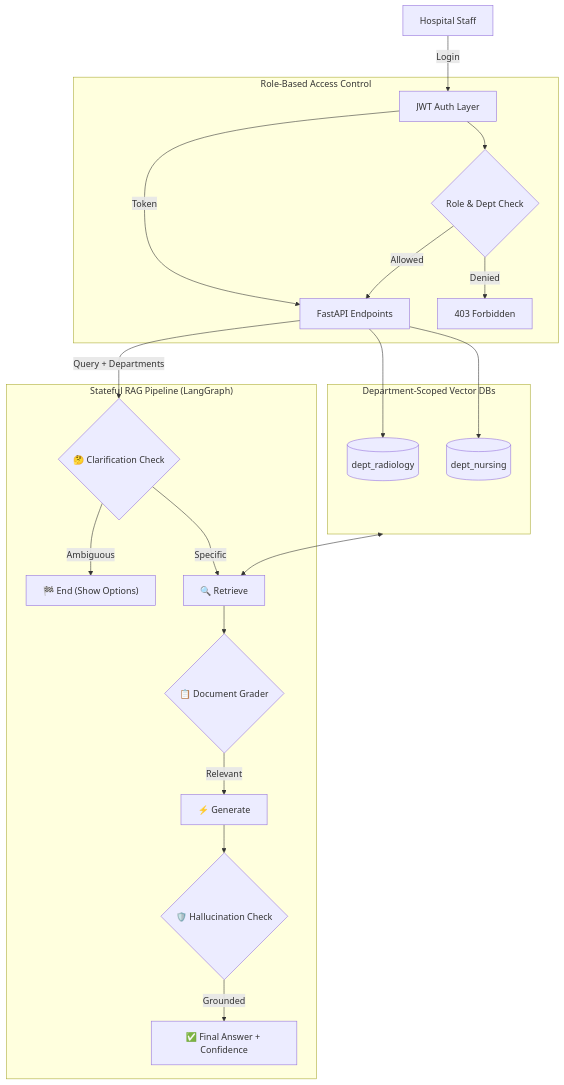
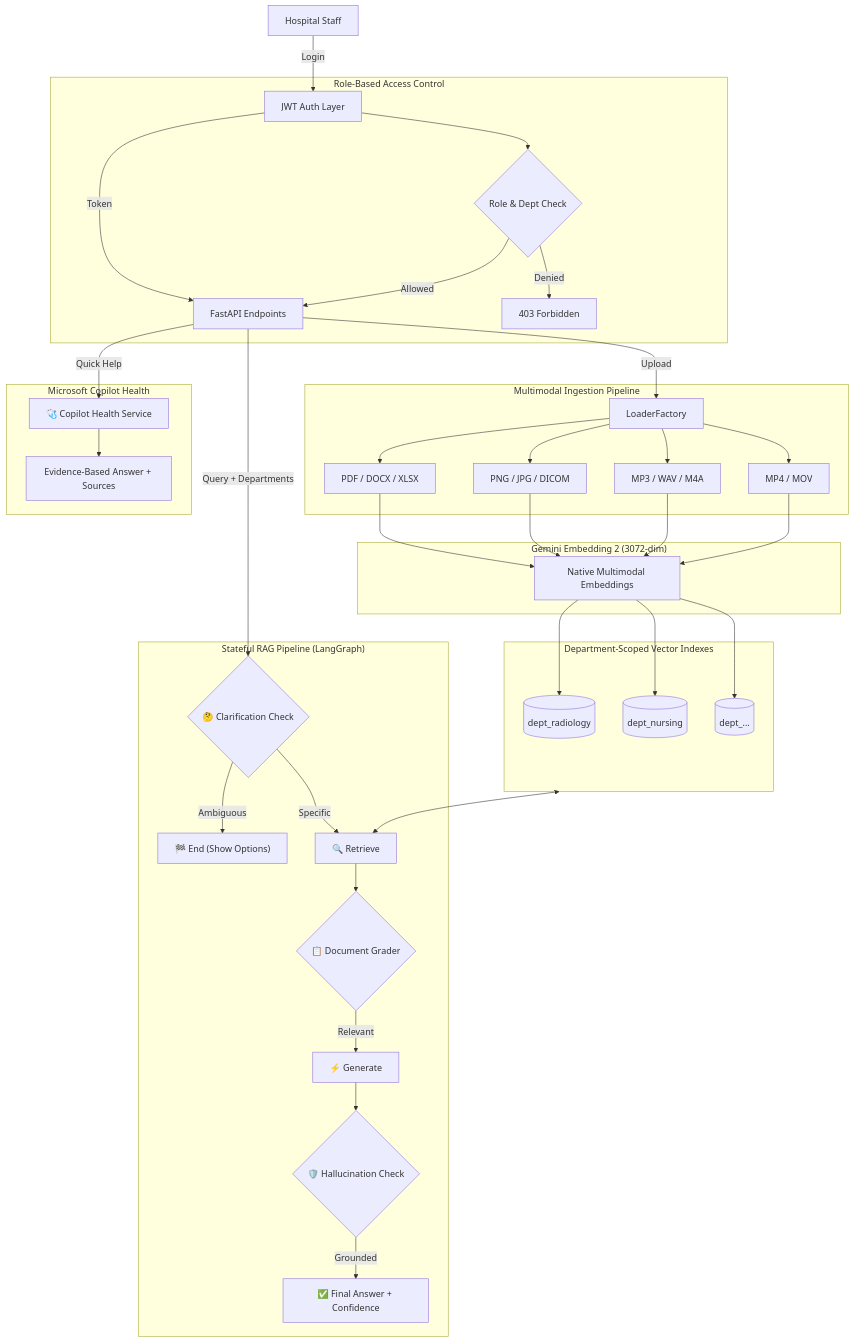
One commit to Anudeepsrib/ClinIQ changed the diagram in README.md. Above: the diagram before and after it, drawn with Mermaid. The commit also changed other lines of this file and 14 other files, not shown here.

````diff
--- a/README.md
+++ b/README.md
@@ -101,28 +105,49 @@
 ```mermaid
 graph TD
     User["Hospital Staff"] -->|Login| Auth["JWT Auth Layer"]
     Auth -->|Token| API["FastAPI Endpoints"]
 
     subgraph RBAC ["Role-Based Access Control"]
         Auth --> RoleCheck{"Role & Dept Check"}
         RoleCheck -->|Allowed| API
         RoleCheck -->|Denied| Reject["403 Forbidden"]
     end
 
-    subgraph VectorDBs ["Department-Scoped Vector DBs"]
-        API --> DB1[("dept_radiology")]
-        API --> DB2[("dept_nursing")]
+    subgraph Ingestion ["Multimodal Ingestion Pipeline"]
+        API -->|Upload| Loader["LoaderFactory"]
+        Loader --> TextParser["PDF / DOCX / XLSX"]
+        Loader --> ImageParser["PNG / JPG / DICOM"]
+        Loader --> AudioParser["MP3 / WAV / M4A"]
+        Loader --> VideoParser["MP4 / MOV"]
+    end
+
+    subgraph EmbeddingLayer ["Gemini Embedding 2 (3072-dim)"]
+        TextParser --> GeminiEmb["Native Multimodal Embeddings"]
+        ImageParser --> GeminiEmb
+        AudioParser --> GeminiEmb
+        VideoParser --> GeminiEmb
+    end
+
+    subgraph VectorDBs ["Department-Scoped Vector Indexes"]
+        GeminiEmb --> DB1[("dept_radiology")]
+        GeminiEmb --> DB2[("dept_nursing")]
+        GeminiEmb --> DB3[("dept_... ")]
     end
 
     subgraph RetrievalGraph ["Stateful RAG Pipeline (LangGraph)"]
         API -->|"Query + Departments"| ClarCheck{"🤔 Clarification Check"}
         ClarCheck -->|Ambiguous| ClarEnd["🏁 End (Show Options)"]
         ClarCheck -->|Specific| Retriever["🔍 Retrieve"]
         Retriever --> Grader{"📋 Document Grader"}
         Grader -->|Relevant| Generator["⚡ Generate"]
         Generator --> HalCheck{"🛡️ Hallucination Check"}
         HalCheck -->|Grounded| Response["✅ Final Answer + Confidence"]
     end
 
+    subgraph CopilotHealth ["Microsoft Copilot Health"]
+        API -->|"Quick Help"| CopilotSvc["🩺 Copilot Health Service"]
+        CopilotSvc --> CopilotResp["Evidence-Based Answer + Sources"]
+    end
+
     VectorDBs <--> Retriever
 ```
````
